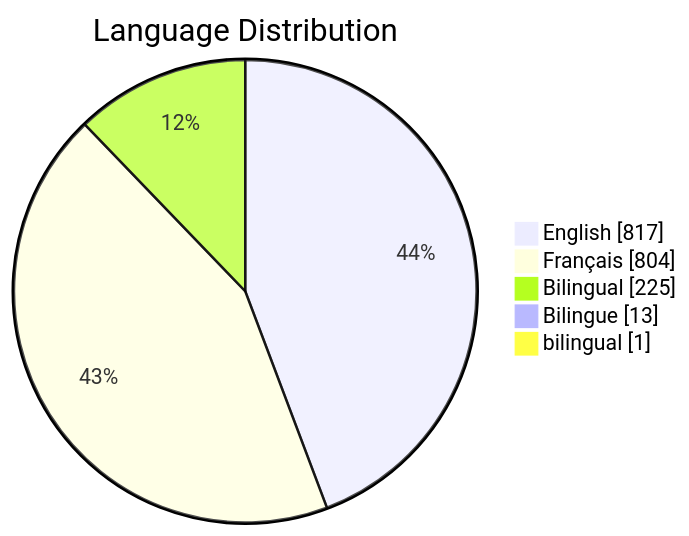
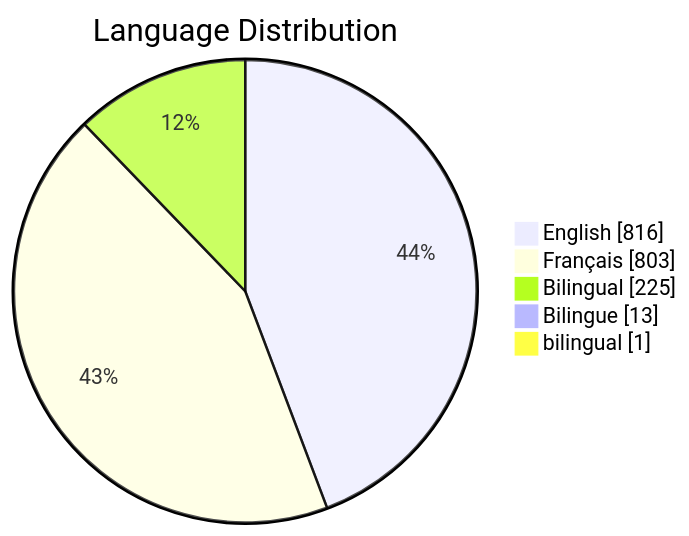
Before and after one commit to PatLittle/GC-Socials: the third of 6 diagrams in README.md, drawn with Mermaid. The commit also changed other lines of this file, not shown here.

Commit message:
Update README with Platform Distribution pie chart

````diff
--- a/README.md
+++ b/README.md
@@ -76,8 +76,8 @@
 ```mermaid
 pie showData title Language Distribution
-    "English": 817
-    "Français": 804
+    "English": 816
+    "Français": 803
     "Bilingual": 225
     "Bilingue": 13
     "bilingual": 1
 ```
````
